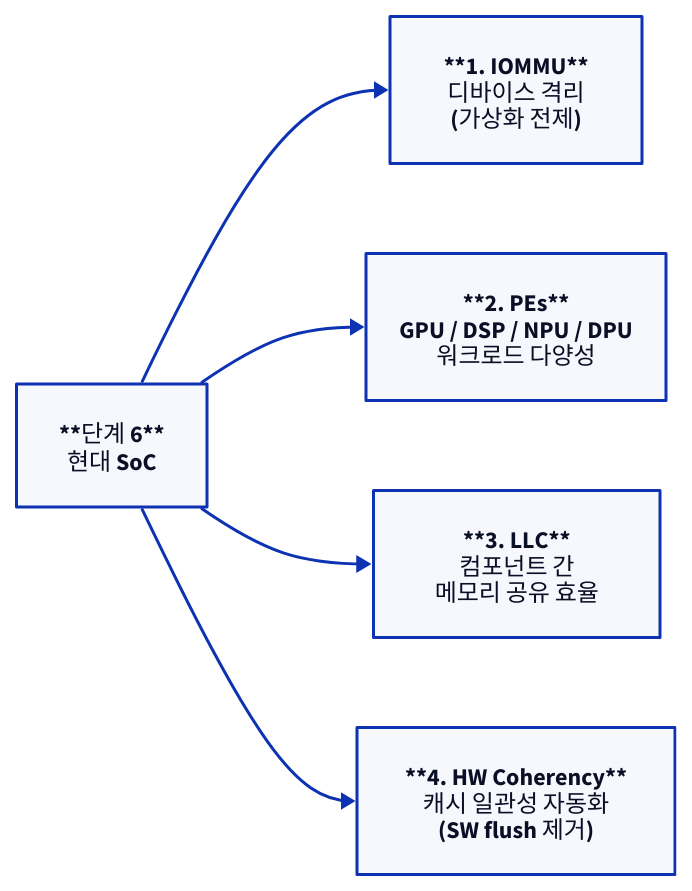
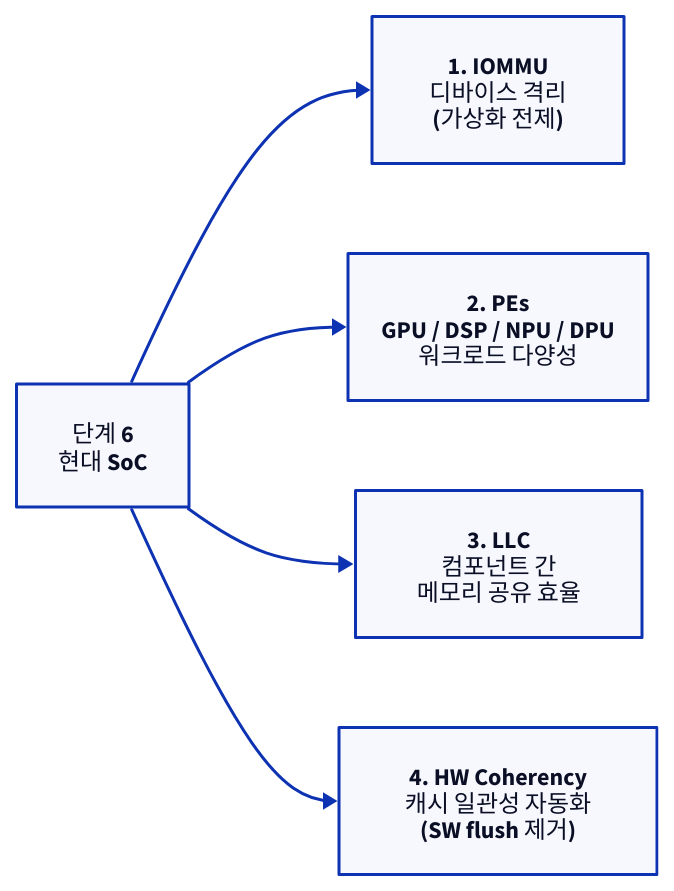
The fourth of 17 diagrams in starlight_site/src/content/docs/virtualization/01a_system_architecture_evolution.md (humbleowl39/DV_SKOOL), drawn with D2 before and after one commit. The commit also changed other lines of this file and 714 other files, not shown here.

First line of the commit message:
fix(site): d2 다이어그램 가독성 결함 6종 일괄 수정

````diff
--- a/starlight_site/src/content/docs/virtualization/01a_system_architecture_evolution.md
+++ b/starlight_site/src/content/docs/virtualization/01a_system_architecture_evolution.md
@@ -176,13 +176,13 @@
 ```d2
 direction: right
 
-S6: "**단계 6**\n현대 SoC"
-IO: "**1. IOMMU**\n디바이스 격리\n(가상화 전제)"
-PE: "**2. PEs**\nGPU / DSP / NPU / DPU\n워크로드 다양성"
-LLC: "**3. LLC**\n컴포넌트 간\n메모리 공유 효율"
-COH: "**4. HW Coherency**\n캐시 일관성 자동화\n(SW flush 제거)"
+S6: "단계 6\n현대 SoC"
+IO: "1. IOMMU\n디바이스 격리\n(가상화 전제)"
+PE: "2. PEs\nGPU / DSP / NPU / DPU\n워크로드 다양성"
+LLC: "3. LLC\n컴포넌트 간\n메모리 공유 효율"
+COH: "4. HW Coherency\n캐시 일관성 자동화\n(SW flush 제거)"
 S6 -> IO
 S6 -> PE
 S6 -> LLC
 S6 -> COH
 ```
````
